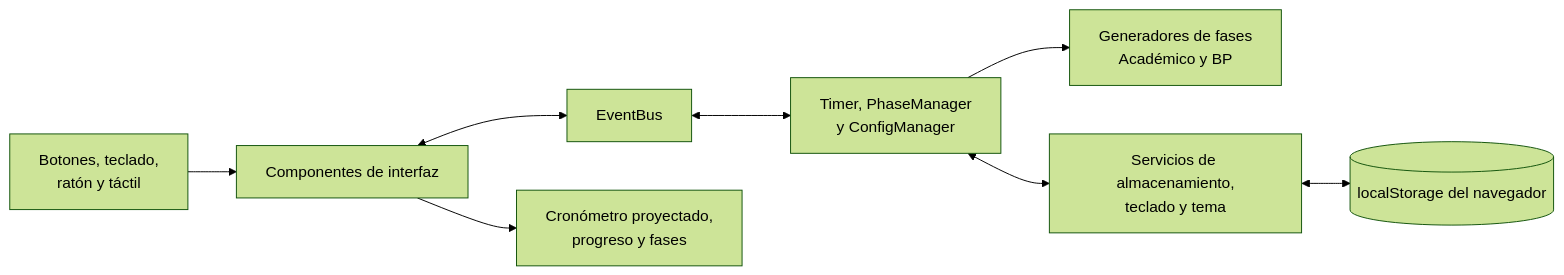
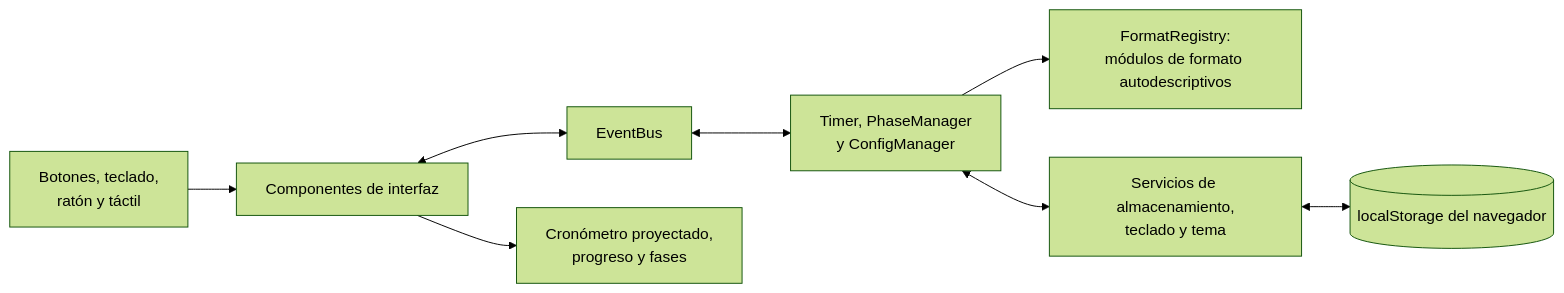
One commit to fabgs/cronometro-ada changed the diagram in README.es.md. Above: the diagram before and after it, drawn with Mermaid (forest theme). The commit also changed other lines of this file and 1 other file, not shown here.

Commit message:
docs: architecture, stack and timer notes reflect the registry and 200 ms sampling

````diff
--- a/README.es.md
+++ b/README.es.md
@@ -60,10 +60,10 @@
 ```mermaid
 flowchart LR
     Input[Botones, teclado,<br/>ratón y táctil] --> Components[Componentes de interfaz]
     Components <--> Bus[EventBus]
     Bus <--> Core[Timer, PhaseManager<br/>y ConfigManager]
-    Core --> Formats[Generadores de fases<br/>Académico y BP]
+    Core --> Formats[FormatRegistry:<br/>módulos de formato autodescriptivos]
     Core <--> Services[Servicios de almacenamiento,<br/>teclado y tema]
     Components --> View[Cronómetro proyectado,<br/>progreso y fases]
     Services <--> LocalStorage[(localStorage del navegador)]
 ```
````
